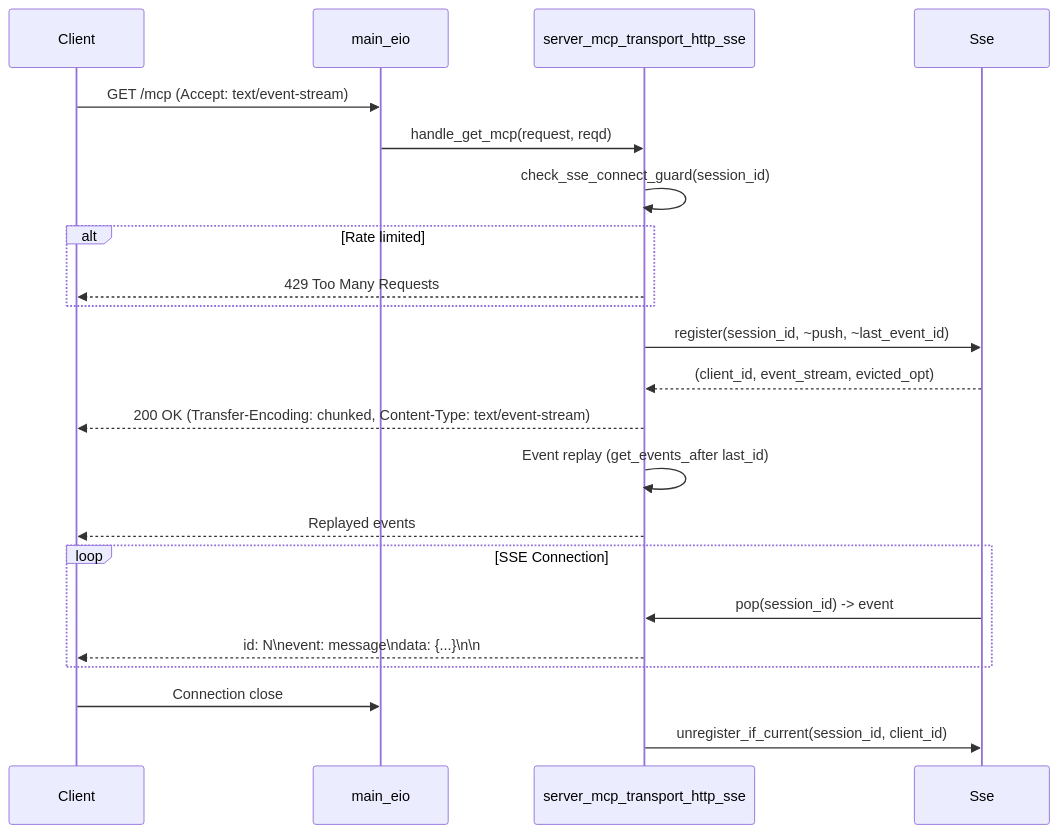
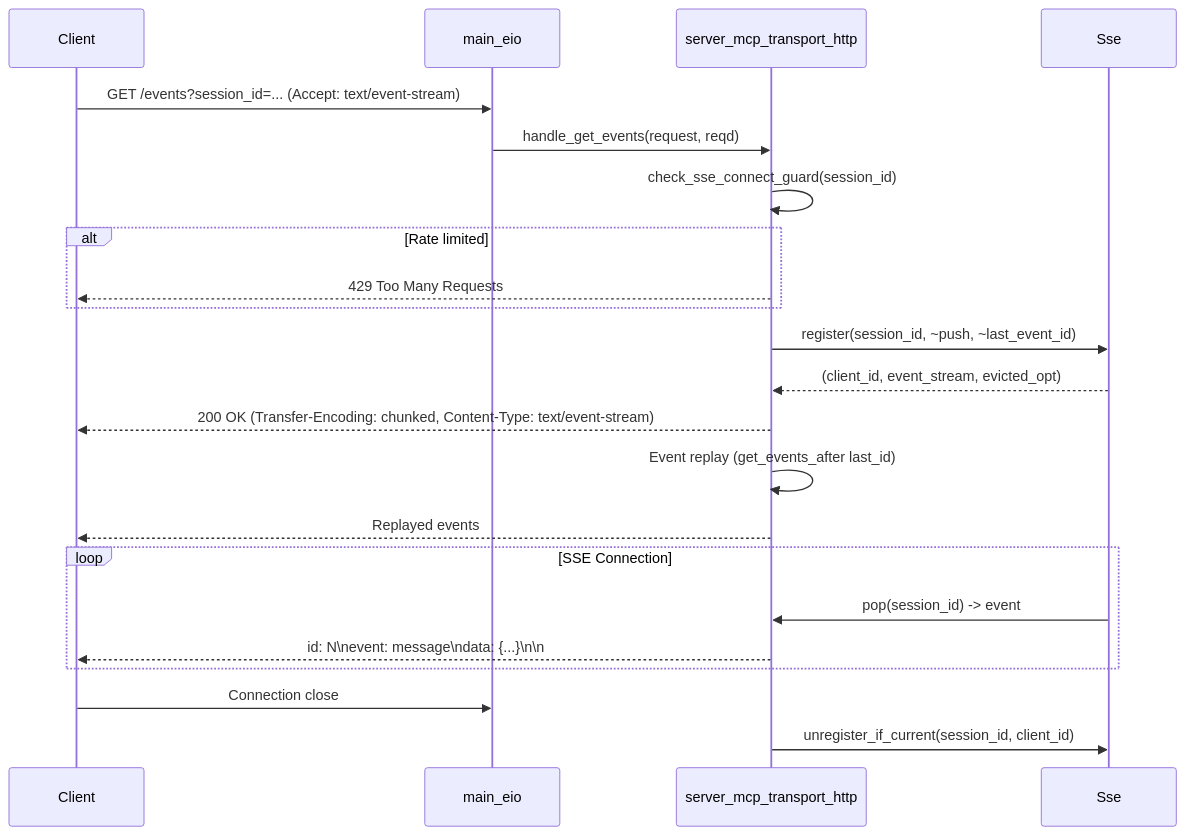
Before and after one commit to jeong-sik/masc: the third of 3 diagrams in docs/spec/09-server-transport.md, drawn with Mermaid. The commit also changed other lines of this file and 173 other files, not shown here.

Commit message:
refactor(mcp): hard cut to current 2026-07-28 transport

````diff
--- a/docs/spec/09-server-transport.md
+++ b/docs/spec/09-server-transport.md
@@ -704,27 +687,27 @@
 ```mermaid
 sequenceDiagram
     participant C as Client
     participant H as main_eio
-    participant T as server_mcp_transport_http_sse
+    participant T as server_mcp_transport_http
     participant S as Sse
 
-    C->>H: GET /mcp (Accept: text/event-stream)
-    H->>T: handle_get_mcp(request, reqd)
+    C->>H: GET /events?session_id=... (Accept: text/event-stream)
+    H->>T: handle_get_events(request, reqd)
     T->>T: check_sse_connect_guard(session_id)
     alt Rate limited
         T-->>C: 429 Too Many Requests
     end
     T->>S: register(session_id, ~push, ~last_event_id)
     S-->>T: (client_id, event_stream, evicted_opt)
     T-->>C: 200 OK (Transfer-Encoding: chunked, Content-Type: text/event-stream)
     T->>T: Event replay (get_events_after last_id)
     T-->>C: Replayed events
 
     loop SSE Connection
         S->>T: pop(session_id) -> event
         T-->>C: id: N\nevent: message\ndata: {...}\n\n
     end
 
     C->>H: Connection close
     T->>S: unregister_if_current(session_id, client_id)
 ```
````
